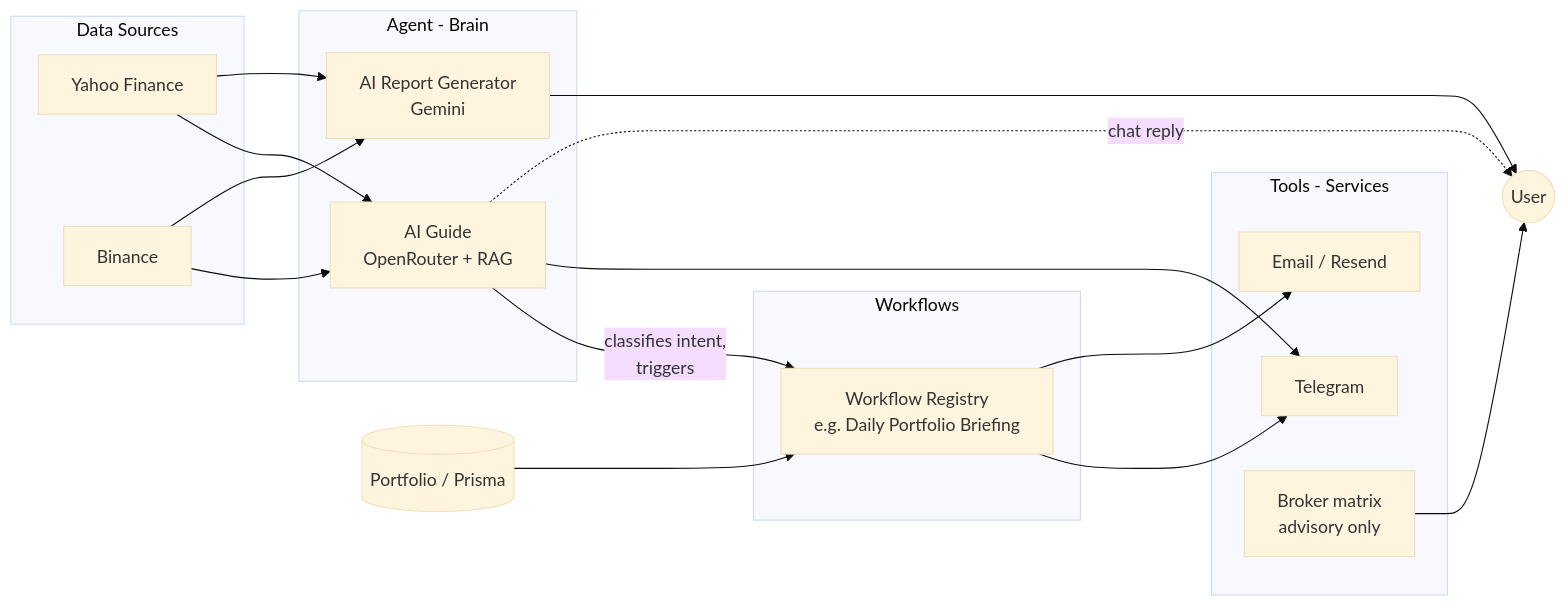
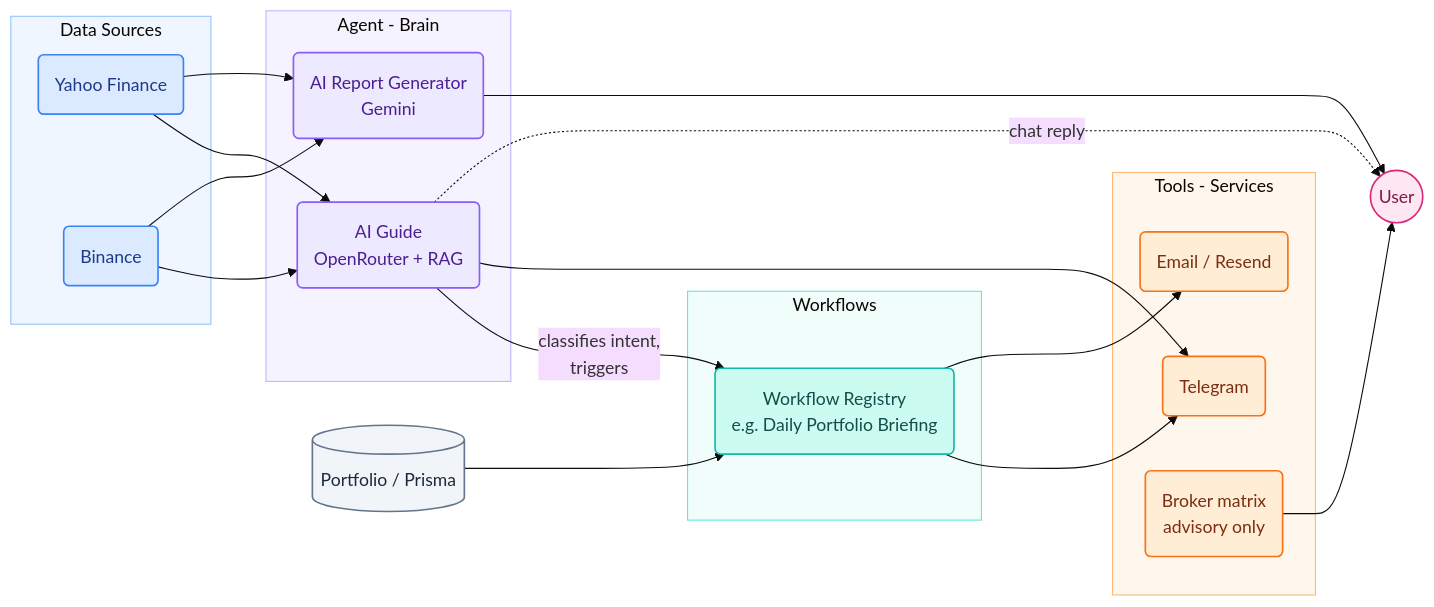
The diagram in README.md (Godslayer2003/alpha-trade-engine), drawn with Mermaid (base theme) before and after one commit.

Commit message:
Add color coding to the architecture diagram
Plain default styling made the categories hard to tell apart at a
glance. Color-coded by group (data sources, agent, workflows, tools)
and switched to rounded nodes; verified the render with mermaid-cli
before pushing.

````diff
--- a/README.md
+++ b/README.md
@@ -51,37 +51,56 @@
 ```mermaid
 flowchart LR
     subgraph DS ["Data Sources"]
-        YF["Yahoo Finance"]
-        BN["Binance"]
+        YF("Yahoo Finance")
+        BN("Binance")
     end
 
     subgraph AGT ["Agent - Brain"]
-        AG["AI Guide<br/>OpenRouter + RAG"]
-        RG["AI Report Generator<br/>Gemini"]
+        AG("AI Guide<br/>OpenRouter + RAG")
+        RG("AI Report Generator<br/>Gemini")
     end
 
     subgraph WFS ["Workflows"]
-        WF["Workflow Registry<br/>e.g. Daily Portfolio Briefing"]
+        WF("Workflow Registry<br/>e.g. Daily Portfolio Briefing")
     end
 
     subgraph TLS ["Tools - Services"]
-        TG["Telegram"]
-        EM["Email / Resend"]
-        BR["Broker matrix<br/>advisory only"]
+        TG("Telegram")
+        EM("Email / Resend")
+        BR("Broker matrix<br/>advisory only")
     end
 
     YF --> AG
     BN --> AG
     YF --> RG
     BN --> RG
 
     Portfolio[("Portfolio / Prisma")] --> WF
     AG -- "classifies intent,<br/>triggers" --> WF
     WF --> TG
     WF --> EM
 
     AG --> TG
     AG -. "chat reply" .-> User(("User"))
     RG --> User
     BR --> User
+
+    classDef dataSrc fill:#dbeafe,stroke:#3b82f6,stroke-width:1.5px,color:#1e3a8a;
+    classDef agent fill:#ede9fe,stroke:#8b5cf6,stroke-width:1.5px,color:#4c1d95;
+    classDef workflow fill:#ccfbf1,stroke:#14b8a6,stroke-width:1.5px,color:#134e4a;
+    classDef tool fill:#ffedd5,stroke:#f97316,stroke-width:1.5px,color:#7c2d12;
+    classDef store fill:#f1f5f9,stroke:#64748b,stroke-width:1.5px,color:#1e293b;
+    classDef userNode fill:#fce7f3,stroke:#db2777,stroke-width:1.5px,color:#831843;
+
+    class YF,BN dataSrc;
+    class AG,RG agent;
+    class WF workflow;
+    class TG,EM,BR tool;
+    class Portfolio store;
+    class User userNode;
+
+    style DS fill:#eff6ff,stroke:#93c5fd,stroke-width:1px;
+    style AGT fill:#f5f3ff,stroke:#c4b5fd,stroke-width:1px;
+    style WFS fill:#f0fdfa,stroke:#5eead4,stroke-width:1px;
+    style TLS fill:#fff7ed,stroke:#fdba74,stroke-width:1px;
 ```
````
